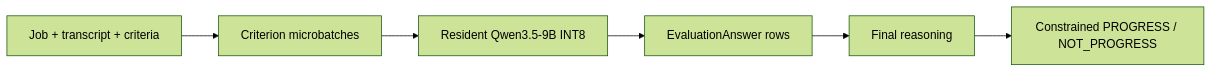
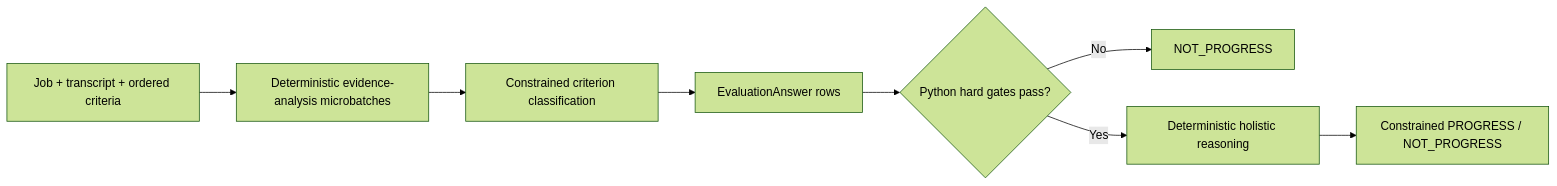
One commit to jaredturck/AI-interview changed the fifth of 5 diagrams in docs/ARCHITECTURE.md. Above: the diagram before and after it, drawn with Mermaid (forest theme). The commit also changed other lines of this file and 31 other files, not shown here.

````diff
--- a/docs/ARCHITECTURE.md
+++ b/docs/ARCHITECTURE.md
@@ -71,8 +77,10 @@
 ```mermaid
 flowchart LR
-    Input[Job + transcript + criteria] --> Batch[Criterion microbatches]
-    Batch --> Qwen[Resident Qwen3.5-9B INT8]
-    Qwen --> Answers[EvaluationAnswer rows]
-    Answers --> Reason[Final reasoning]
+    Input[Job + transcript + ordered criteria] --> Batch[Deterministic evidence-analysis microbatches]
+    Batch --> Classify[Constrained criterion classification]
+    Classify --> Answers[EvaluationAnswer rows]
+    Answers --> Gate{Python hard gates pass?}
+    Gate -->|No| Reject[NOT_PROGRESS]
+    Gate -->|Yes| Reason[Deterministic holistic reasoning]
     Reason --> Choice[Constrained PROGRESS / NOT_PROGRESS]
 ```
````
